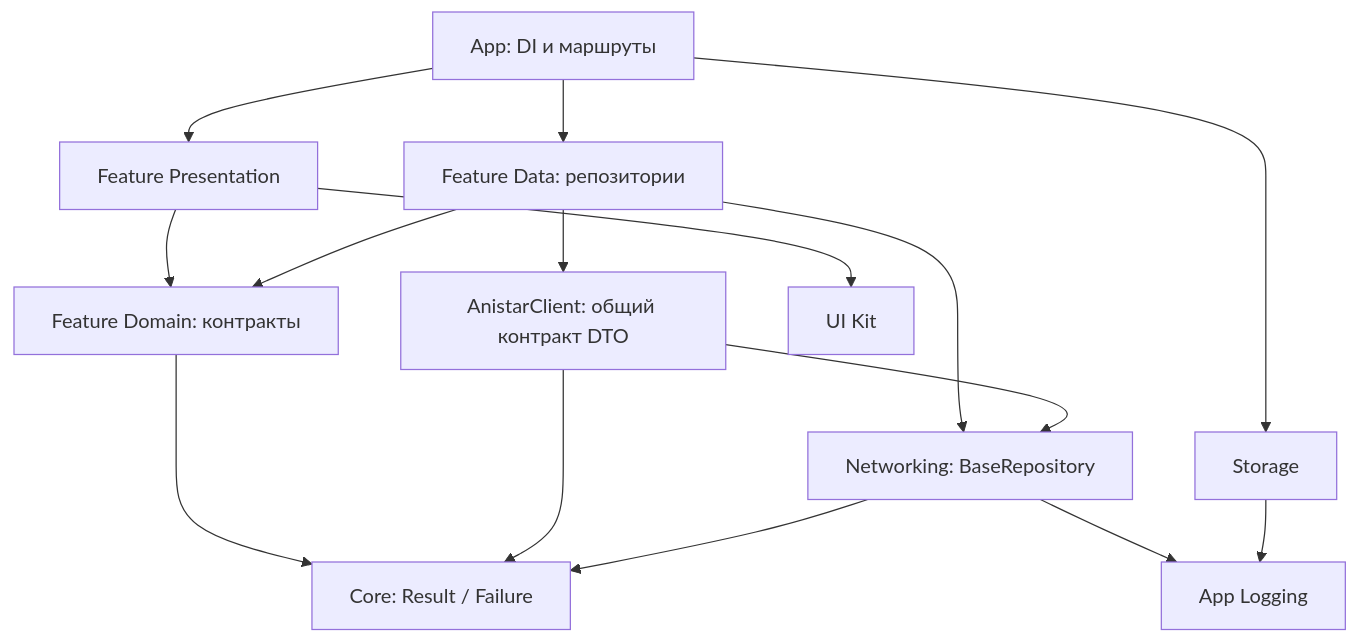
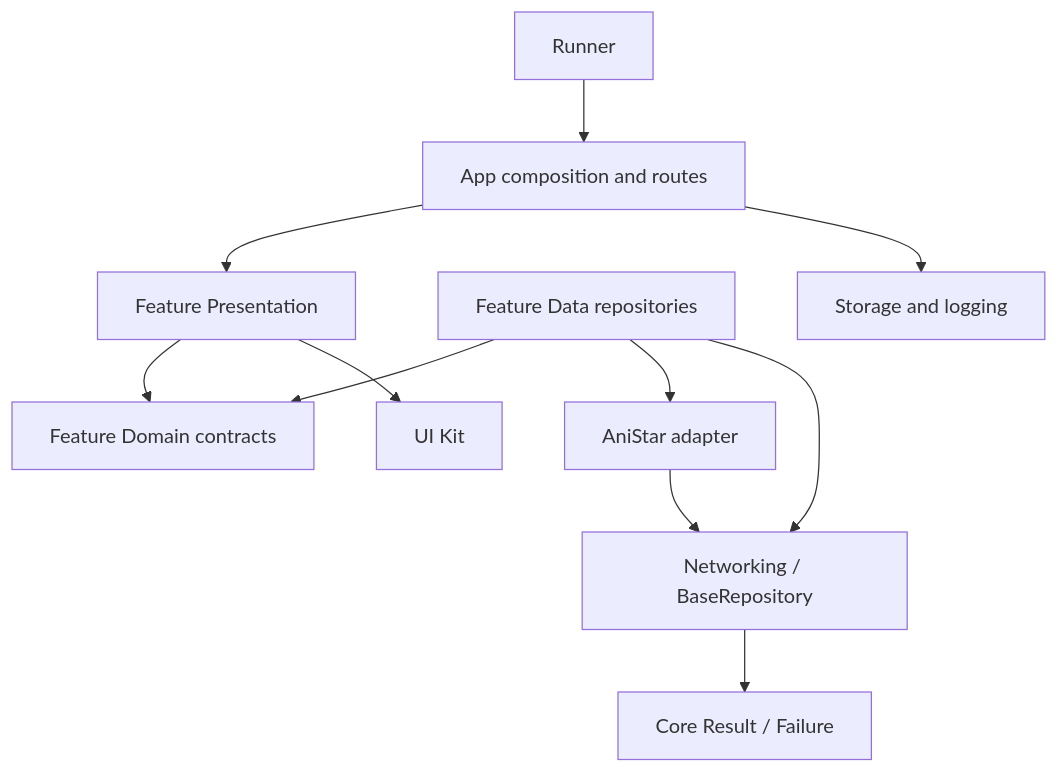
Before and after one commit to Overman775/anistar-tv_ai-software-factory: the diagram in docs/01_architecture_principles.md, drawn with Mermaid. The commit also changed other lines of this file and 44 other files, not shown here.

````diff
--- a/docs/01_architecture_principles.md
+++ b/docs/01_architecture_principles.md
@@ -34,17 +26,13 @@
 ```mermaid
 flowchart TD
-  App["App: DI и маршруты"] --> UI["Feature Presentation"]
-  App --> Repos["Feature Data: репозитории"]
-  UI --> Domain["Feature Domain: контракты"]
-  Repos --> Domain
-  Domain --> Core["Core: Result / Failure"]
-  Repos --> Anistar["AnistarClient: общий контракт DTO"]
-  Repos --> Network["Networking: BaseRepository"]
-  Anistar --> Network
-  Anistar --> Core
-  Network --> Core
-  Network --> Logging["App Logging"]
-  App --> Storage["Storage"]
-  Storage --> Logging
-  UI --> UIKit["UI Kit"]
+  Runner[Runner] --> App[App composition and routes]
+  App --> Presentation[Feature Presentation]
+  Presentation --> Domain[Feature Domain contracts]
+  Data[Feature Data repositories] --> Domain
+  Data --> Anistar[AniStar adapter]
+  Data --> Networking[Networking / BaseRepository]
+  Anistar --> Networking
+  Networking --> Core[Core Result / Failure]
+  Presentation --> UIKit[UI Kit]
+  App --> Storage[Storage and logging]
 ```
````
